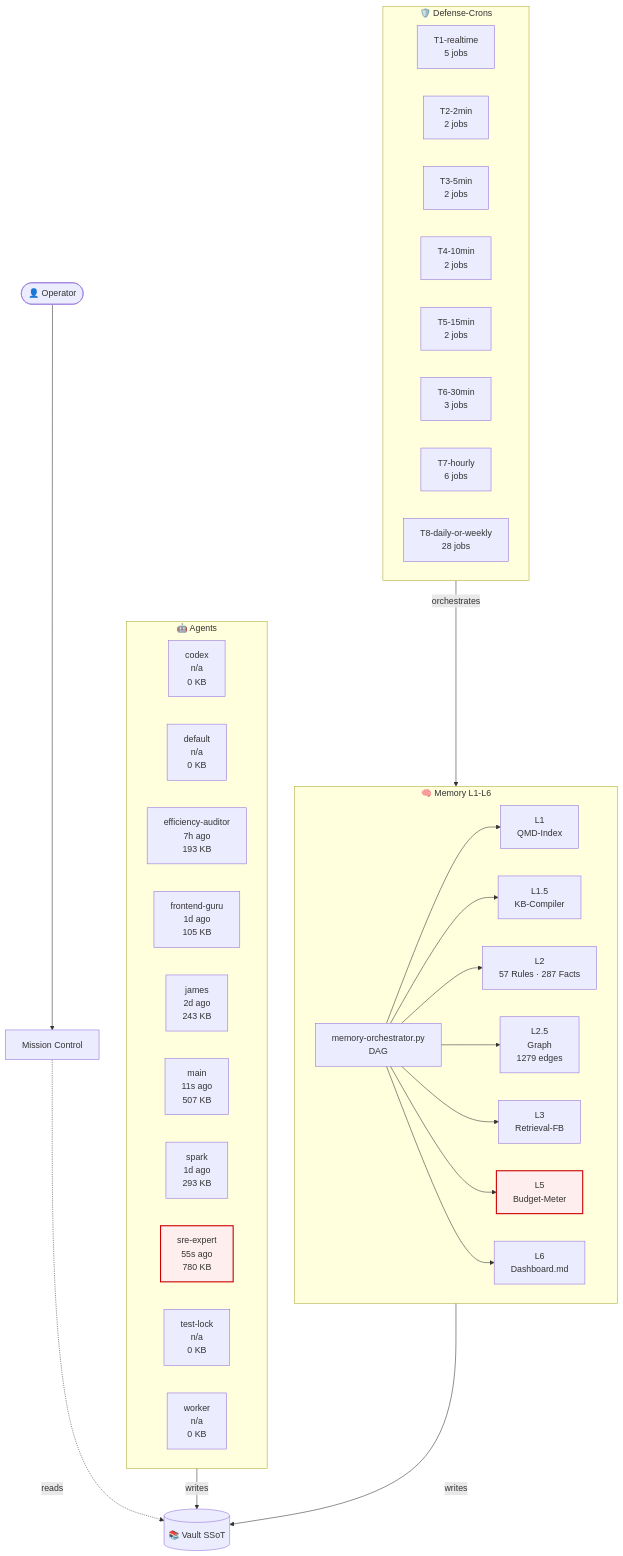
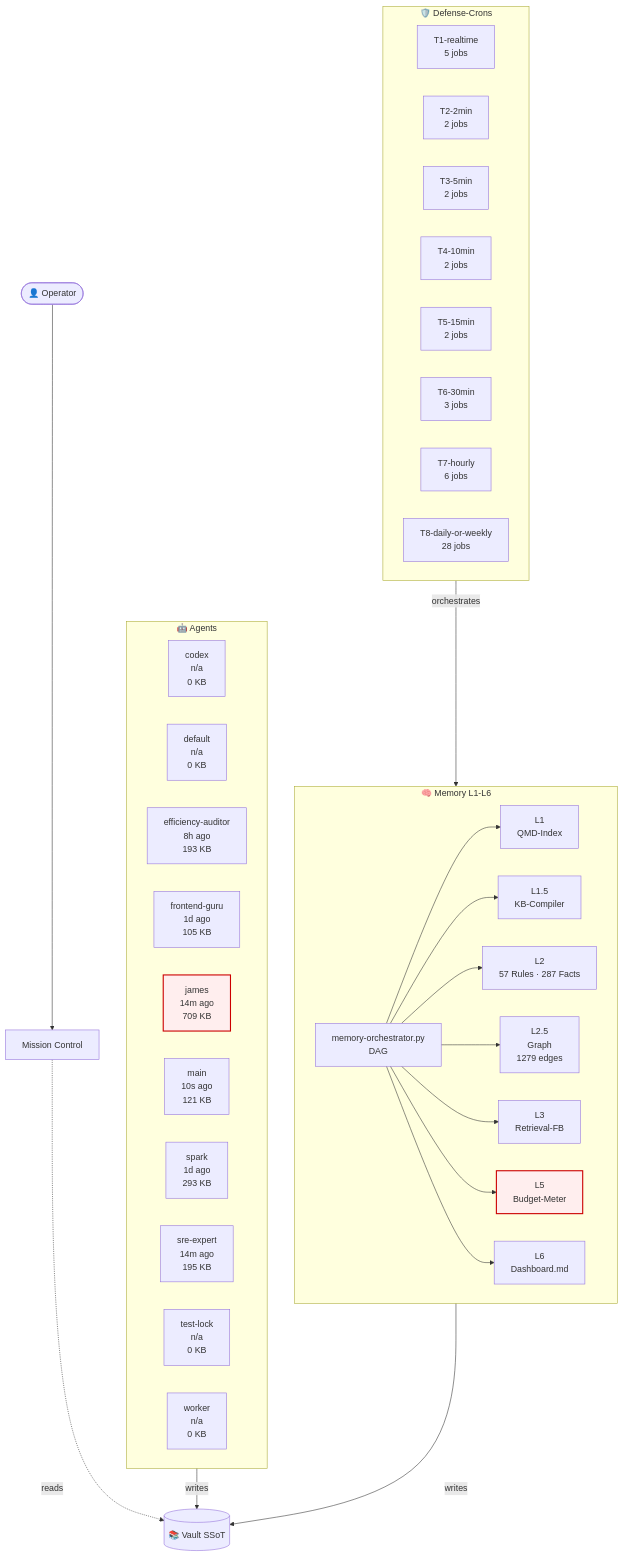
The diagram in 03-Agents/architecture-live.md (lenardhuebner88-rgb/openclaw-memory), drawn with Mermaid before and after one commit. The commit also changed other lines of this file and 19 other files, not shown here.

````diff
--- a/03-Agents/architecture-live.md
+++ b/03-Agents/architecture-live.md
@@ -18,53 +18,53 @@
 ```mermaid
 flowchart TB
     classDef critical fill:#fee,stroke:#c00,stroke-width:2px;
     subgraph AGT["🤖 Agents"]
         agent_codex["codex<br/>n/a<br/>0 KB"]
         agent_default["default<br/>n/a<br/>0 KB"]
-        agent_efficiency_auditor["efficiency-auditor<br/>7h ago<br/>193 KB"]
+        agent_efficiency_auditor["efficiency-auditor<br/>8h ago<br/>193 KB"]
         agent_frontend_guru["frontend-guru<br/>1d ago<br/>105 KB"]
-        agent_james["james<br/>2d ago<br/>243 KB"]
-        agent_main["main<br/>11s ago<br/>507 KB"]
+        agent_james["james<br/>14m ago<br/>709 KB"]
+        agent_main["main<br/>10s ago<br/>121 KB"]
         agent_spark["spark<br/>1d ago<br/>293 KB"]
-        agent_sre_expert["sre-expert<br/>55s ago<br/>780 KB"]
+        agent_sre_expert["sre-expert<br/>14m ago<br/>195 KB"]
         agent_test_lock["test-lock<br/>n/a<br/>0 KB"]
         agent_worker["worker<br/>n/a<br/>0 KB"]
     end
     subgraph MEM["🧠 Memory L1-L6"]
         L1["L1<br/>QMD-Index"]
         L15["L1.5<br/>KB-Compiler"]
         L2["L2<br/>57 Rules · 287 Facts"]
         L25["L2.5<br/>Graph<br/>1279 edges"]
         L3["L3<br/>Retrieval-FB"]
         L5["L5<br/>Budget-Meter"]
         L6["L6<br/>Dashboard.md"]
         ORCH["memory-orchestrator.py<br/>DAG"]
     end
     subgraph CRN["🛡️ Defense-Crons"]
         tier_T1_realtime["T1-realtime<br/>5 jobs"]
         tier_T2_2min["T2-2min<br/>2 jobs"]
         tier_T3_5min["T3-5min<br/>2 jobs"]
         tier_T4_10min["T4-10min<br/>2 jobs"]
         tier_T5_15min["T5-15min<br/>2 jobs"]
         tier_T6_30min["T6-30min<br/>3 jobs"]
         tier_T7_hourly["T7-hourly<br/>6 jobs"]
         tier_T8_daily_or_weekly["T8-daily-or-weekly<br/>28 jobs"]
     end
     VAULT[("📚 Vault SSoT")]
     OP([👤 Operator])
     MC["Mission Control"]
     OP --> MC
     MC -.reads.-> VAULT
     AGT -->|writes| VAULT
     MEM -->|writes| VAULT
     ORCH --> L1
     ORCH --> L15
     ORCH --> L2
     ORCH --> L25
     ORCH --> L3
     ORCH --> L5
     ORCH --> L6
     CRN -->|orchestrates| MEM
     class L5 critical
-    class agent_sre_expert critical
+    class agent_james critical
 ```
````
